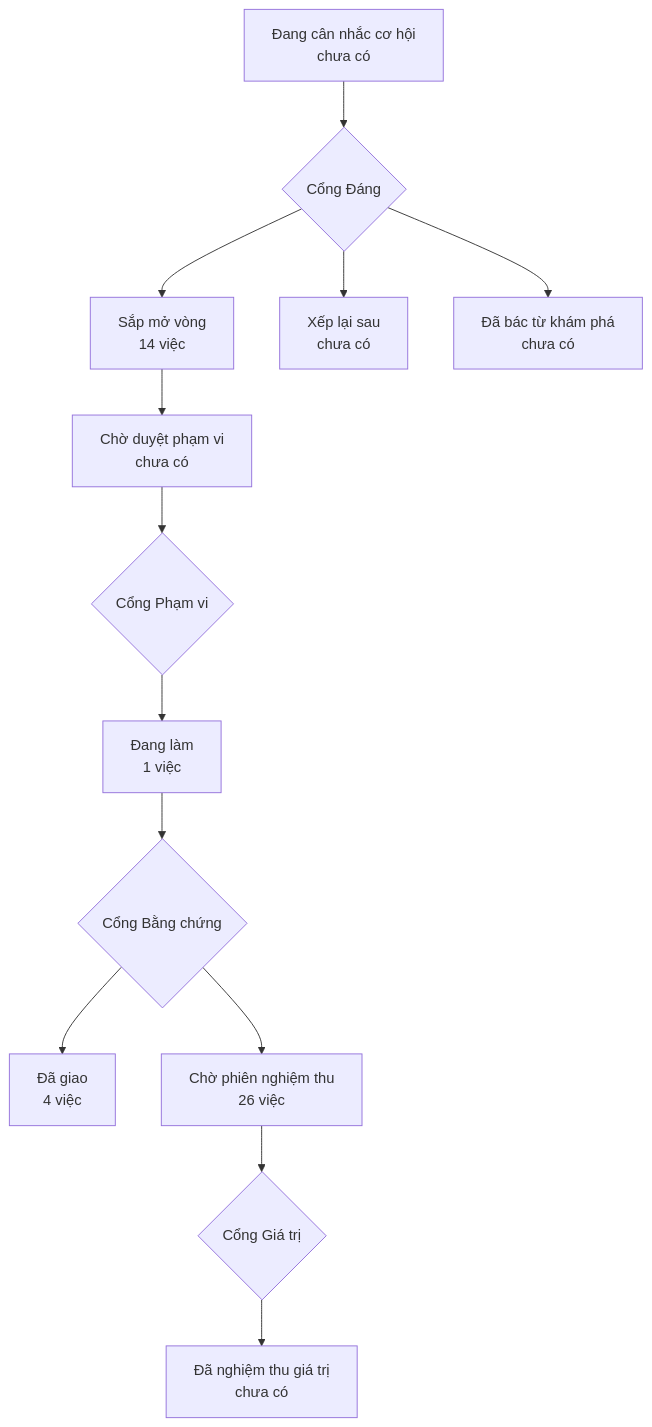
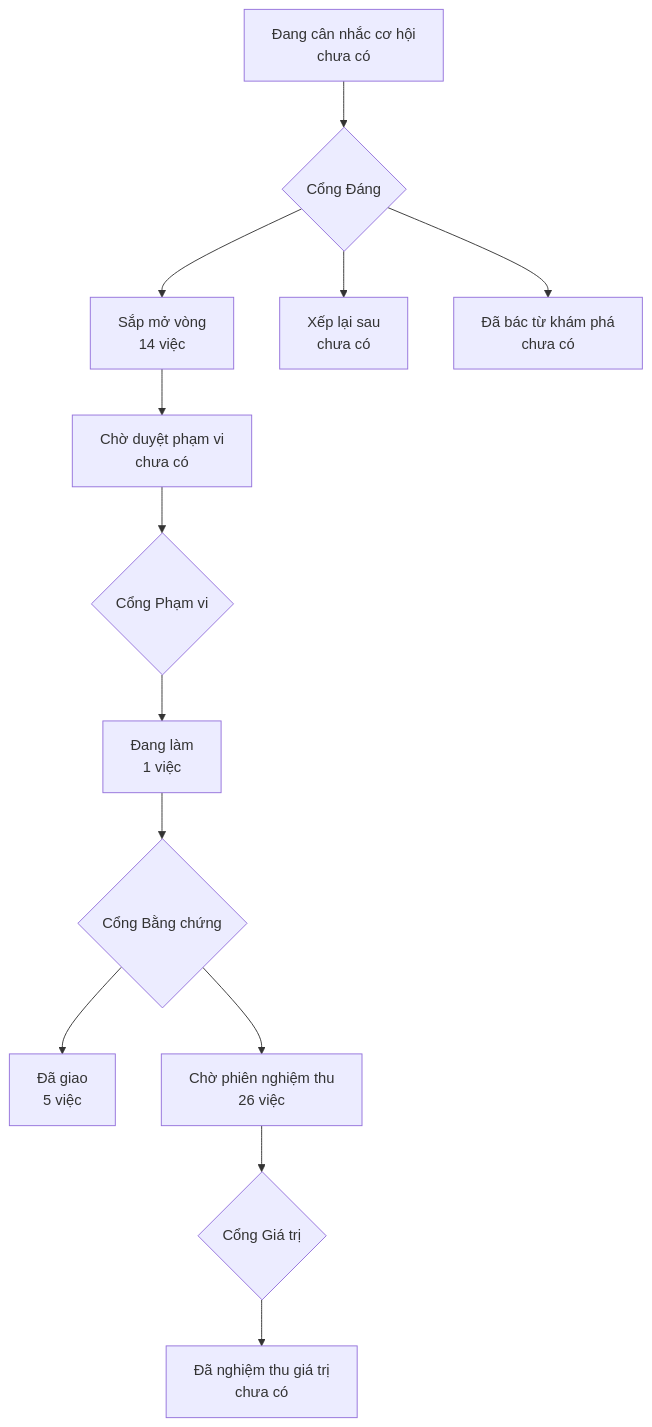
One commit to phanlemanh/onehub-quy-hang changed the diagram in PRODUCT-MAP.md. Above: the diagram before and after it, drawn with Mermaid. The commit also changed other lines of this file and 1 other file, not shown here.

Commit message:
chore: vẽ lại bản đồ sau gộp nhánh chính

````diff
--- a/PRODUCT-MAP.md
+++ b/PRODUCT-MAP.md
@@ -7,12 +7,12 @@
 ```mermaid
 flowchart TD
   A["Đang cân nhắc cơ hội<br/>chưa có"] --> GD{"Cổng Đáng"}
   GD --> B["Sắp mở vòng<br/>14 việc"]
   GD --> XL["Xếp lại sau<br/>chưa có"]
   GD --> DB["Đã bác từ khám phá<br/>chưa có"]
   B --> CD["Chờ duyệt phạm vi<br/>chưa có"] --> GP{"Cổng Phạm vi"}
   GP --> DL["Đang làm<br/>1 việc"] --> GB{"Cổng Bằng chứng"}
-  GB --> DG["Đã giao<br/>4 việc"]
+  GB --> DG["Đã giao<br/>5 việc"]
   GB --> CN["Chờ phiên nghiệm thu<br/>26 việc"] --> GG{"Cổng Giá trị"}
   GG --> NT["Đã nghiệm thu giá trị<br/>chưa có"]
 ```
````
